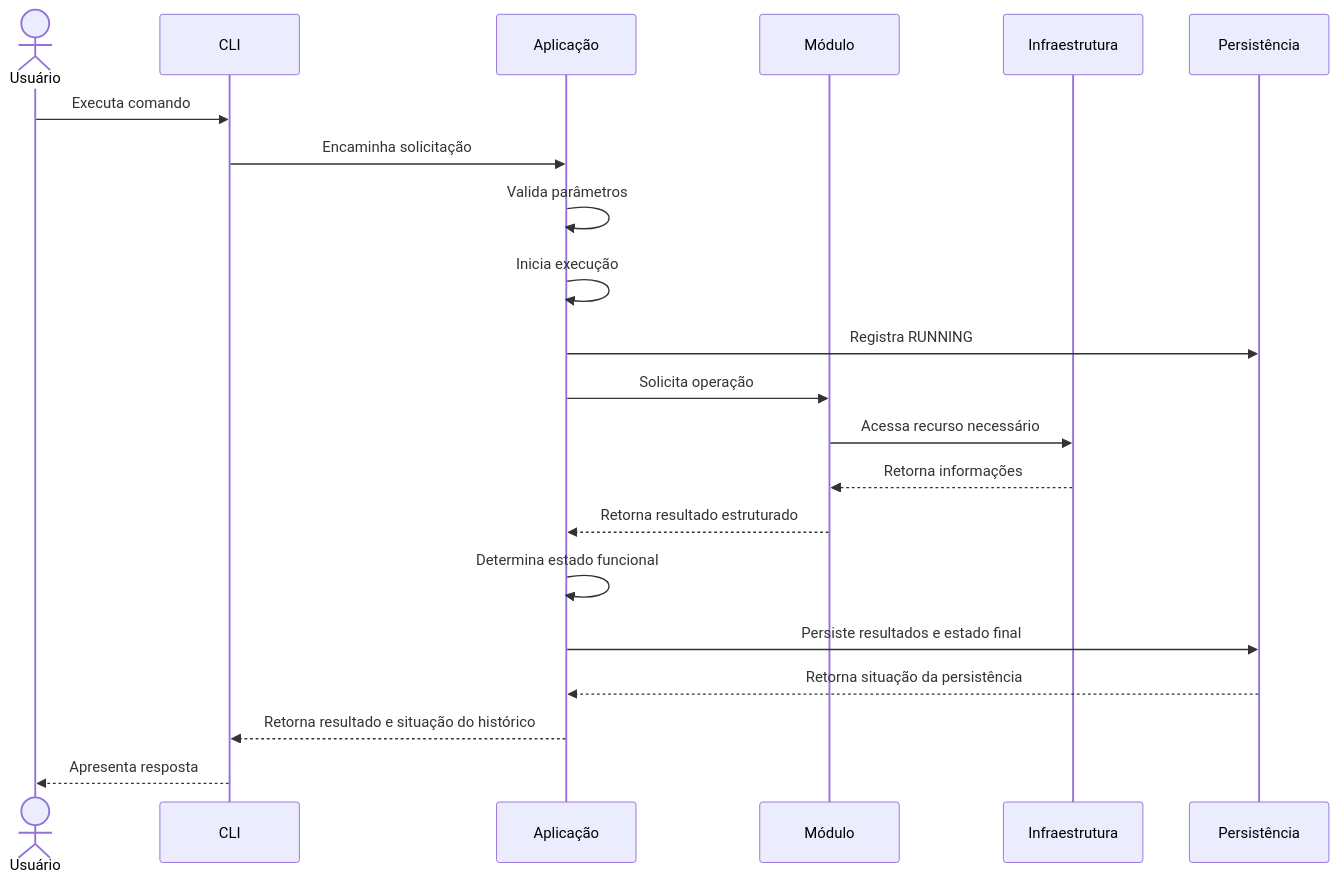
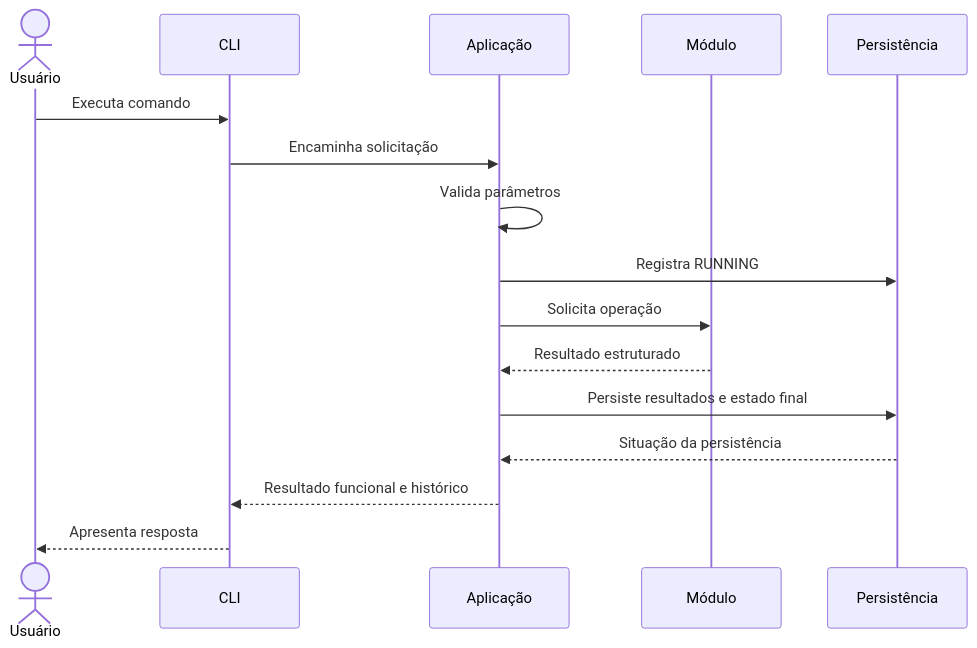
The second of 2 diagrams in docs/ARQUITETURA.md (Leonardo-Campos-2007/Odyssey-AV), drawn with Mermaid before and after one commit. The commit also changed other lines of this file and 2 other files, not shown here.

````diff
--- a/docs/ARQUITETURA.md
+++ b/docs/ARQUITETURA.md
@@ -477,24 +375,19 @@
 ```mermaid
 sequenceDiagram
     actor User as Usuário
-    participant CLI as CLI
+    participant CLI
     participant App as Aplicação
     participant Module as Módulo
-    participant Infra as Infraestrutura
     participant Repo as Persistência
 
     User->>CLI: Executa comando
     CLI->>App: Encaminha solicitação
     App->>App: Valida parâmetros
-    App->>App: Inicia execução
     App->>Repo: Registra RUNNING
     App->>Module: Solicita operação
-    Module->>Infra: Acessa recurso necessário
-    Infra-->>Module: Retorna informações
-    Module-->>App: Retorna resultado estruturado
-    App->>App: Determina estado funcional
+    Module-->>App: Resultado estruturado
     App->>Repo: Persiste resultados e estado final
-    Repo-->>App: Retorna situação da persistência
-    App-->>CLI: Retorna resultado e situação do histórico
+    Repo-->>App: Situação da persistência
+    App-->>CLI: Resultado funcional e histórico
     CLI-->>User: Apresenta resposta
 ```
````
